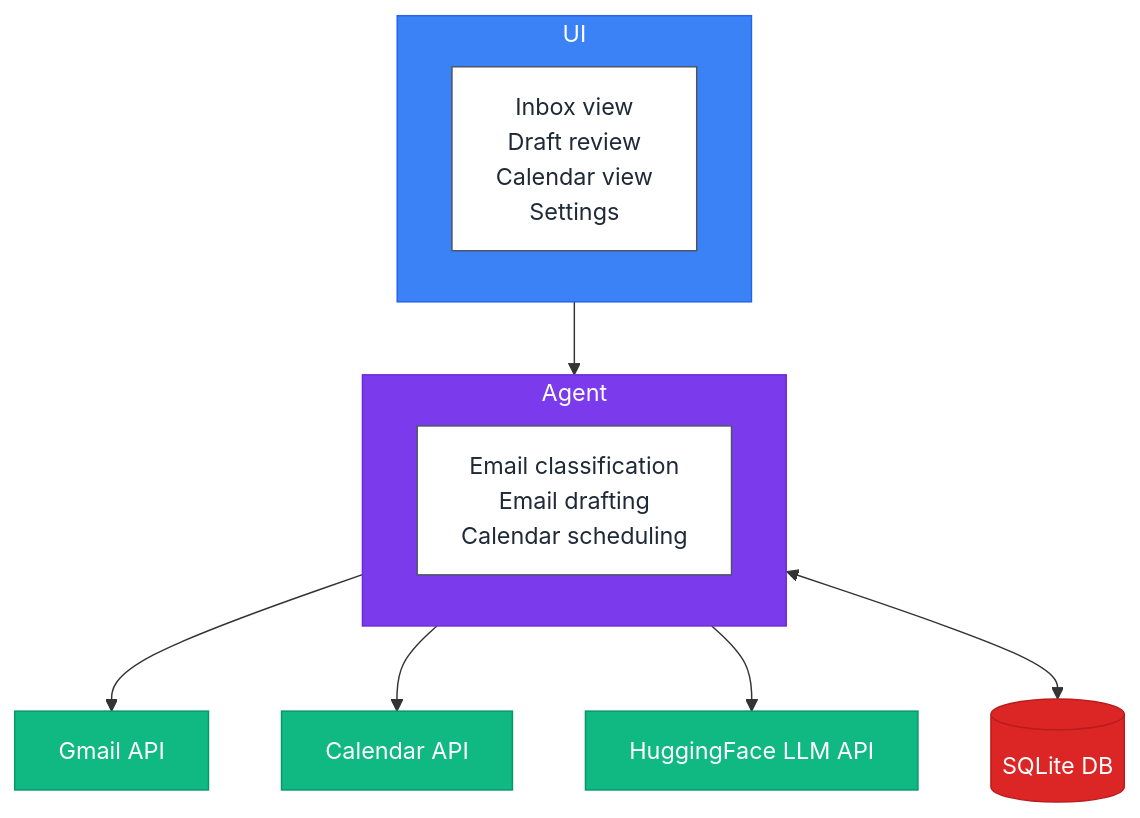
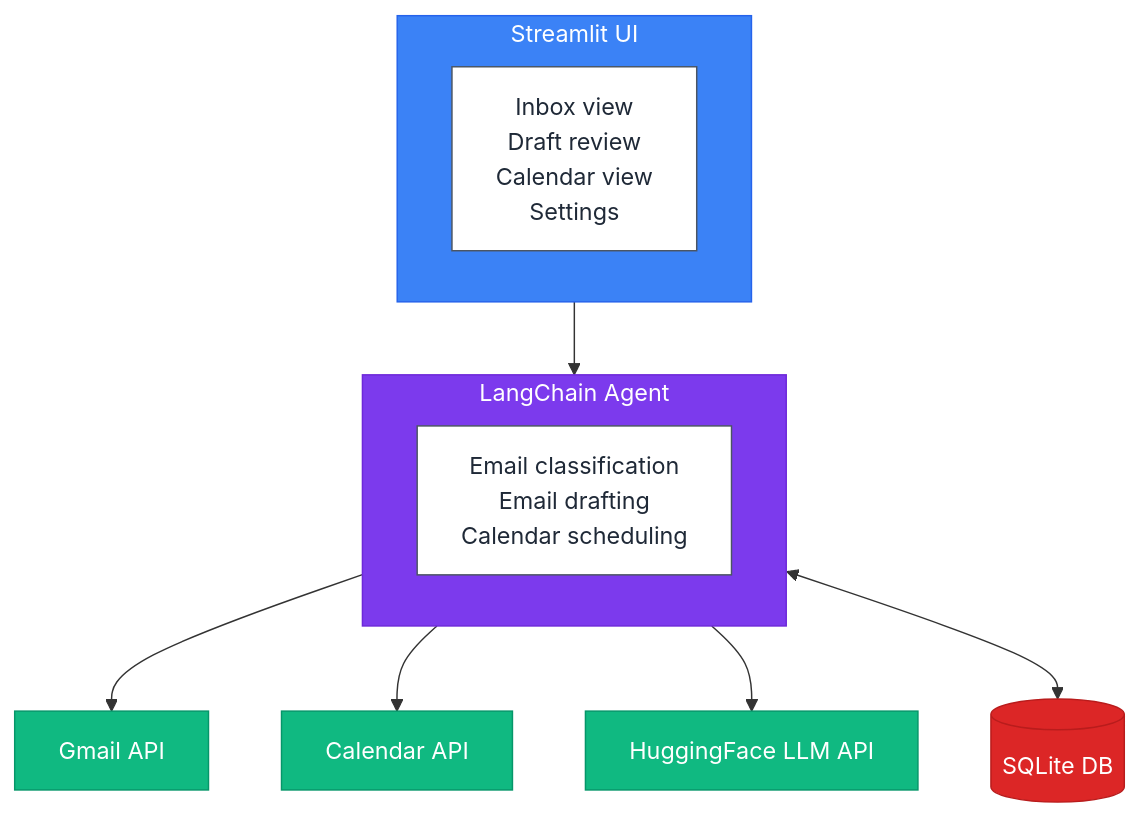
One commit to PierreExeter/gmail-agent changed the diagram in README.md. Above: the diagram before and after it, drawn with Mermaid. The commit also changed 1 other file, not shown here.

Commit message:
added portfolio description and updated readme

````diff
--- a/README.md
+++ b/README.md
@@ -22,30 +22,30 @@
 ```mermaid
 flowchart TD
     classDef ui fill:#3b82f6,stroke:#2563eb,color:#ffffff
     classDef agent fill:#7c3aed,stroke:#6d28d9,color:#ffffff
     classDef api fill:#10b981,stroke:#059669,color:#ffffff
     classDef db fill:#dc2626,stroke:#b91c1c,color:#ffffff
     classDef text fill:#ffffff,stroke:#4b5563,color:#1f2937
 
-    UI["Streamlit UI"] --> Agent["LangChain Agent"]
+    UI["Streamlit UI"] --> AGENT["LangChain Agent"]
     
-    subgraph UI
+    subgraph UI["Streamlit UI"]
         A[Inbox view<br/>Draft review<br/>Calendar view<br/>Settings]
     end
 
-    subgraph Agent
+    subgraph AGENT["LangChain Agent"]
         B[Email classification<br/>Email drafting<br/>Calendar scheduling]
     end
 
-    Agent --> gmail["Gmail API"]
-    Agent --> calendar["Calendar API"]
-    Agent --> hf["HuggingFace LLM API"]
-    Agent <--> db[(SQLite DB)]
+    AGENT --> gmail["Gmail API"]
+    AGENT --> calendar["Calendar API"]
+    AGENT --> hf["HuggingFace LLM API"]
+    AGENT <--> db[(SQLite DB)]
     
     class UI ui
     class A text
-    class Agent agent
+    class AGENT agent
     class B text
     class gmail,calendar,hf api
     class db db
 ```
````
